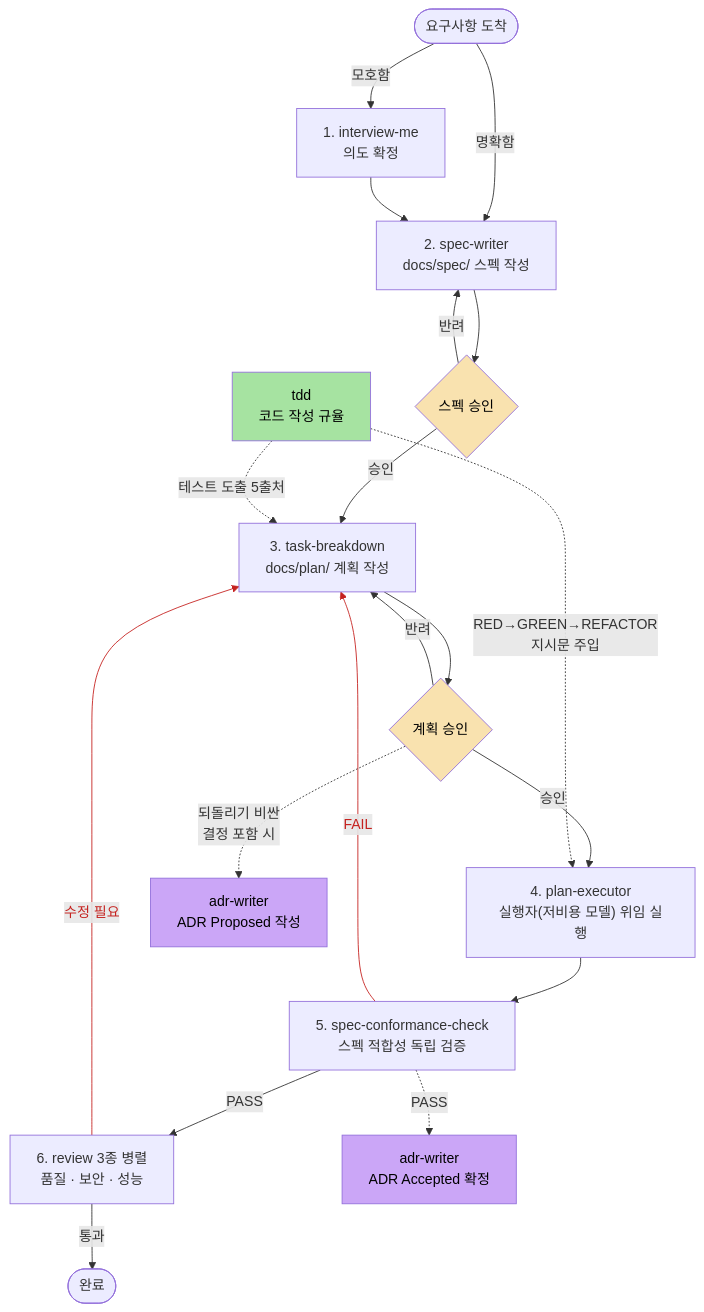
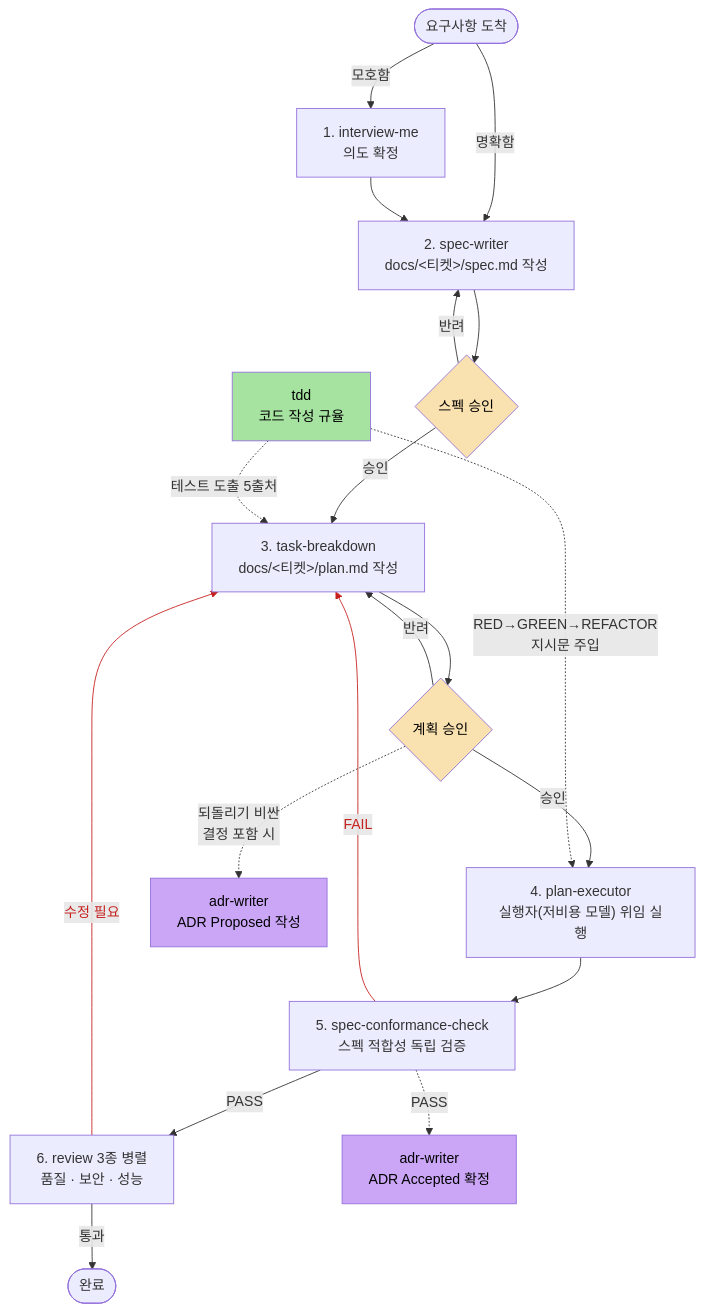
One commit to nyeonu/skills changed the diagram in README.md. Above: the diagram before and after it, drawn with Mermaid. The commit also changed other lines of this file and 20 other files, not shown here.

````diff
--- a/README.md
+++ b/README.md
@@ -73,42 +73,42 @@
 ```mermaid
 flowchart TD
     start([요구사항 도착])
     interview["1. interview-me<br>의도 확정"]
-    spec["2. spec-writer<br>docs/spec/ 스펙 작성"]
+    spec["2. spec-writer<br>docs/&lt;티켓&gt;/spec.md 작성"]
     gate1{스펙 승인}
-    plan["3. task-breakdown<br>docs/plan/ 계획 작성"]
+    plan["3. task-breakdown<br>docs/&lt;티켓&gt;/plan.md 작성"]
     gate2{계획 승인}
     exec["4. plan-executor<br>실행자(저비용 모델) 위임 실행"]
     verify["5. spec-conformance-check<br>스펙 적합성 독립 검증"]
     review["6. review 3종 병렬<br>품질 · 보안 · 성능"]
     done([완료])
     adr1["adr-writer<br>ADR Proposed 작성"]
     adr2["adr-writer<br>ADR Accepted 확정"]
     tdd["tdd<br>코드 작성 규율"]
 
     start -->|모호함| interview
     start -->|명확함| spec
     interview --> spec
     spec --> gate1
     gate1 -->|반려| spec
     gate1 -->|승인| plan
     plan --> gate2
     gate2 -->|반려| plan
     gate2 -->|승인| exec
     gate2 -.->|되돌리기 비싼<br>결정 포함 시| adr1
     tdd -.->|테스트 도출 5출처| plan
     tdd -.->|"RED→GREEN→REFACTOR<br>지시문 주입"| exec
     exec --> verify
     verify -->|FAIL| plan
     verify -->|PASS| review
     verify -.->|PASS| adr2
     review -->|수정 필요| plan
     review -->|통과| done
 
     linkStyle 13,16 stroke:#C5221F,color:#C5221F
     style gate1 fill:#f9e2af,color:#000
     style gate2 fill:#f9e2af,color:#000
     style adr1 fill:#cba6f7,color:#000
     style adr2 fill:#cba6f7,color:#000
     style tdd fill:#a6e3a1,color:#000
 ```
````
